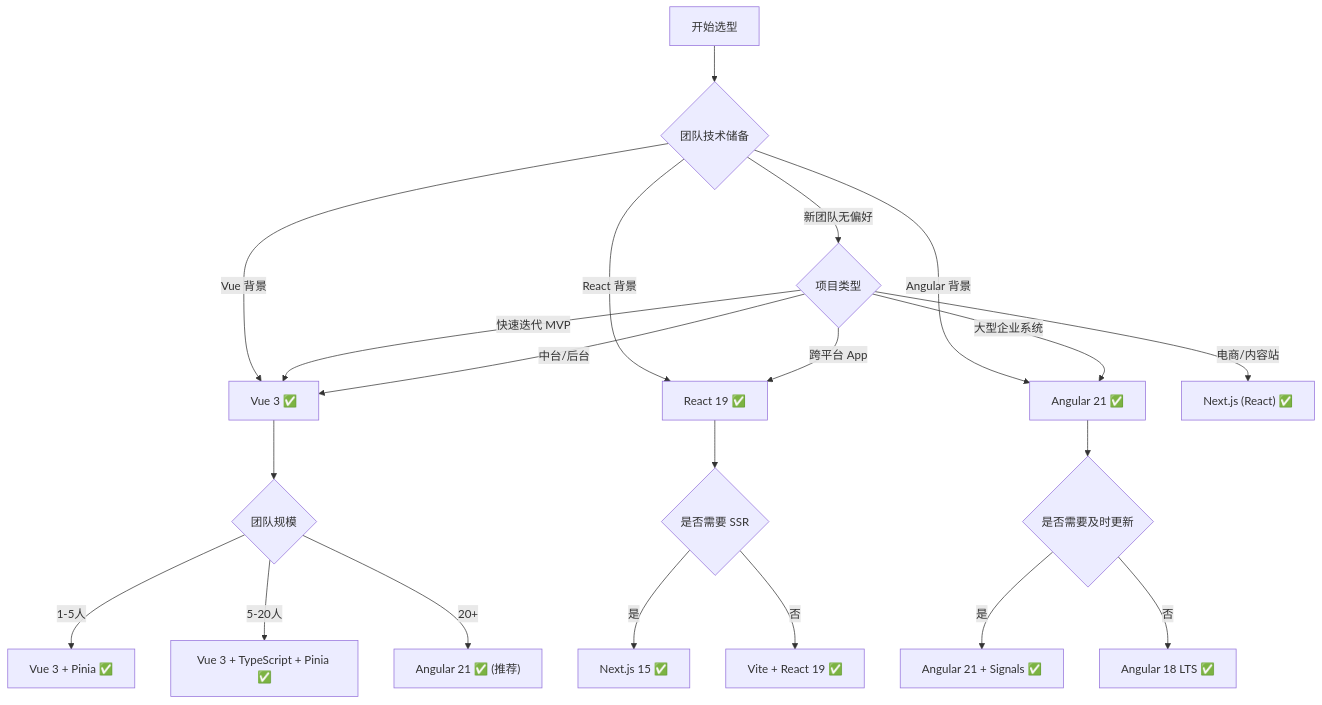
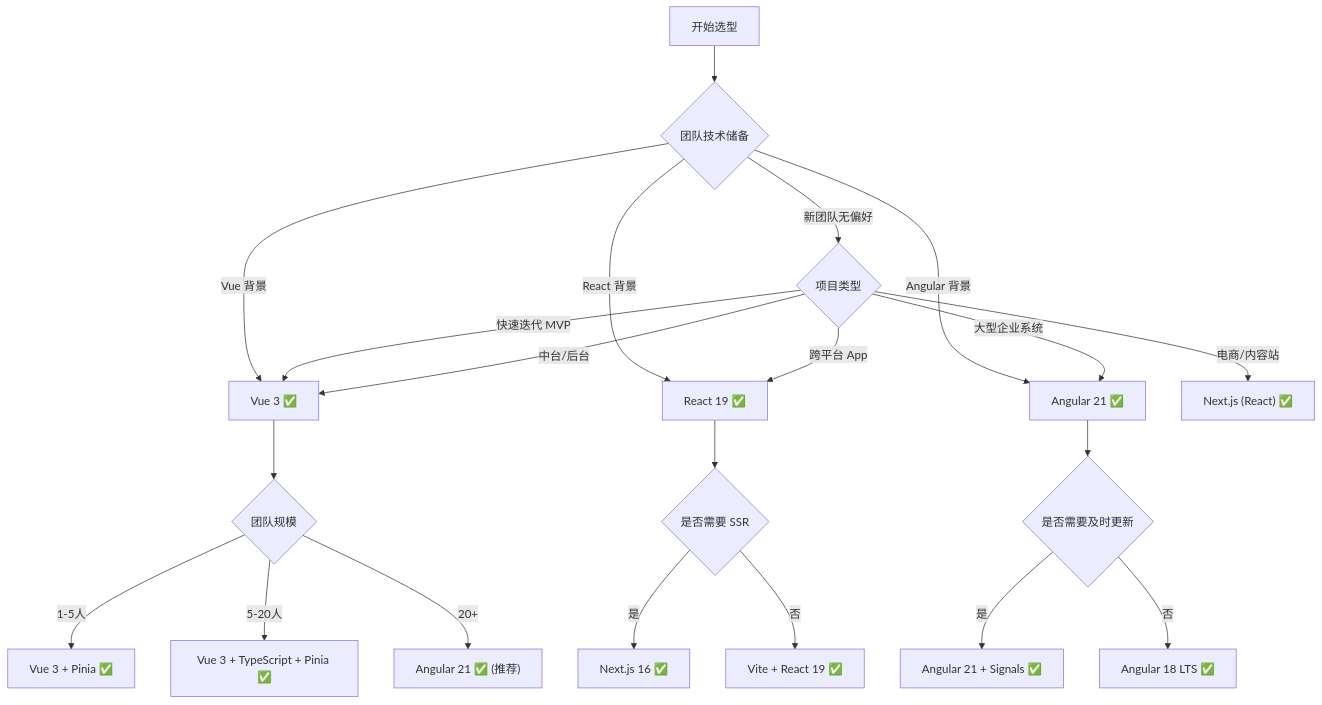
The seventh of 8 diagrams in S2-框架深入/07-框架对比.md (KMaybe01/common), drawn with Mermaid before and after one commit. The commit also changed other lines of this file and 25 other files, not shown here.

````diff
--- a/S2-框架深入/07-框架对比.md
+++ b/S2-框架深入/07-框架对比.md
@@ -1621,27 +1623,27 @@
 ```mermaid
 graph TD
     A["开始选型"] --> B{"团队技术储备"}
     B -->|"Vue 背景"| C["Vue 3 ✅"]
     B -->|"React 背景"| D["React 19 ✅"]
     B -->|"Angular 背景"| E["Angular 21 ✅"]
     B -->|"新团队无偏好"| F{"项目类型"}
     
     F -->|"快速迭代 MVP"| C
     F -->|"大型企业系统"| E
     F -->|"跨平台 App"| D
     F -->|"电商/内容站"| G["Next.js (React) ✅"]
     F -->|"中台/后台"| C
     
     C --> H{"团队规模"}
     H -->|"1-5人"| I["Vue 3 + Pinia ✅"]
     H -->|"5-20人"| J["Vue 3 + TypeScript + Pinia ✅"]
     H -->|"20+"| K["Angular 21 ✅ (推荐)"]
     
     D --> L{"是否需要 SSR"}
-    L -->|"是"| M["Next.js 15 ✅"]
+    L -->|"是"| M["Next.js 16 ✅"]
     L -->|"否"| N["Vite + React 19 ✅"]
     
     E --> O{"是否需要及时更新"}
     O -->|"是"| P["Angular 21 + Signals ✅"]
     O -->|"否"| Q["Angular 18 LTS ✅"]
 ```
````
